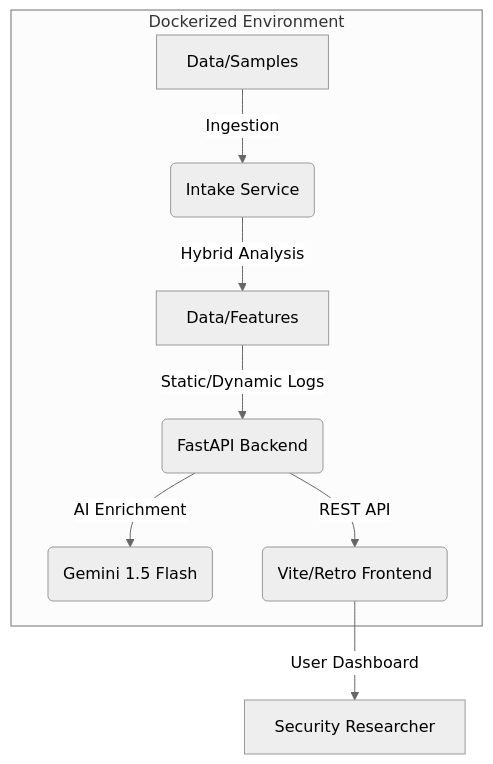
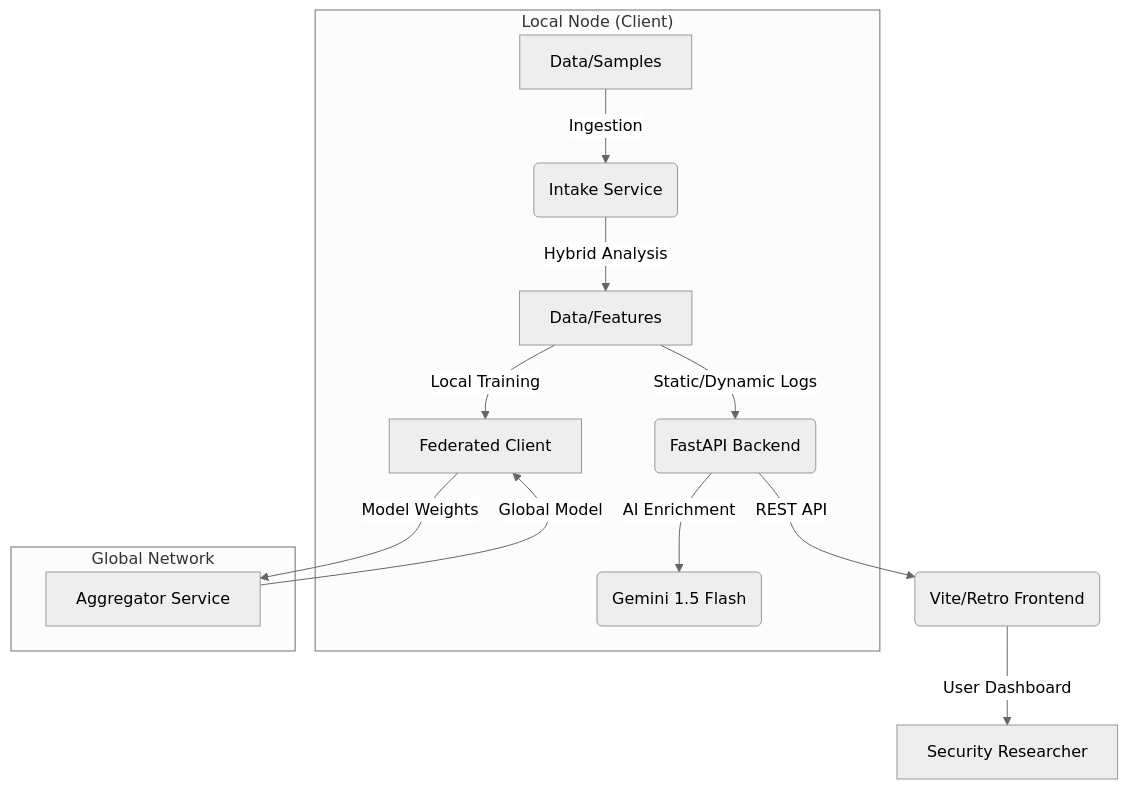
Before and after one commit to deeps-blip/FTI: the diagram in README.md, drawn with Mermaid (neutral theme). The commit also changed other lines of this file, not shown here.

````diff
--- a/README.md
+++ b/README.md
@@ -13,11 +13,18 @@
 ```mermaid
 graph TD
-    subgraph "Dockerized Environment"
+    subgraph "Local Node (Client)"
         A[Data/Samples] -->|Ingestion| B(Intake Service)
         B -->|Hybrid Analysis| C[Data/Features]
         C -->|Static/Dynamic Logs| D(FastAPI Backend)
         D -->|AI Enrichment| E(Gemini 1.5 Flash)
-        D -->|REST API| F(Vite/Retro Frontend)
+        C -->|Local Training| FL_C[Federated Client]
     end
+
+    subgraph "Global Network"
+        FL_C -->|Model Weights| AGG[Aggregator Service]
+        AGG -->|Global Model| FL_C
+    end
+
+    D -->|REST API| F(Vite/Retro Frontend)
     F -->|User Dashboard| G[Security Researcher]
 ```
````
